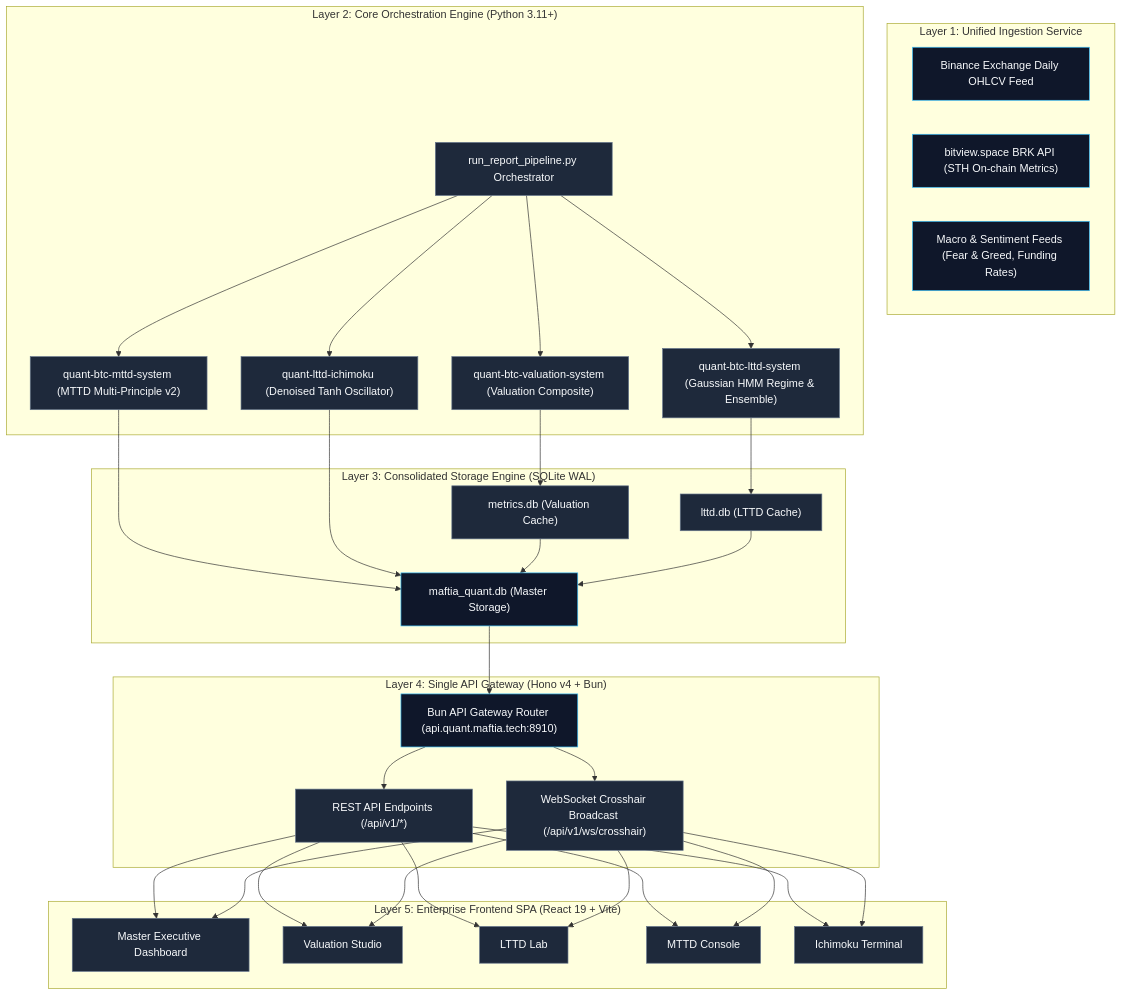
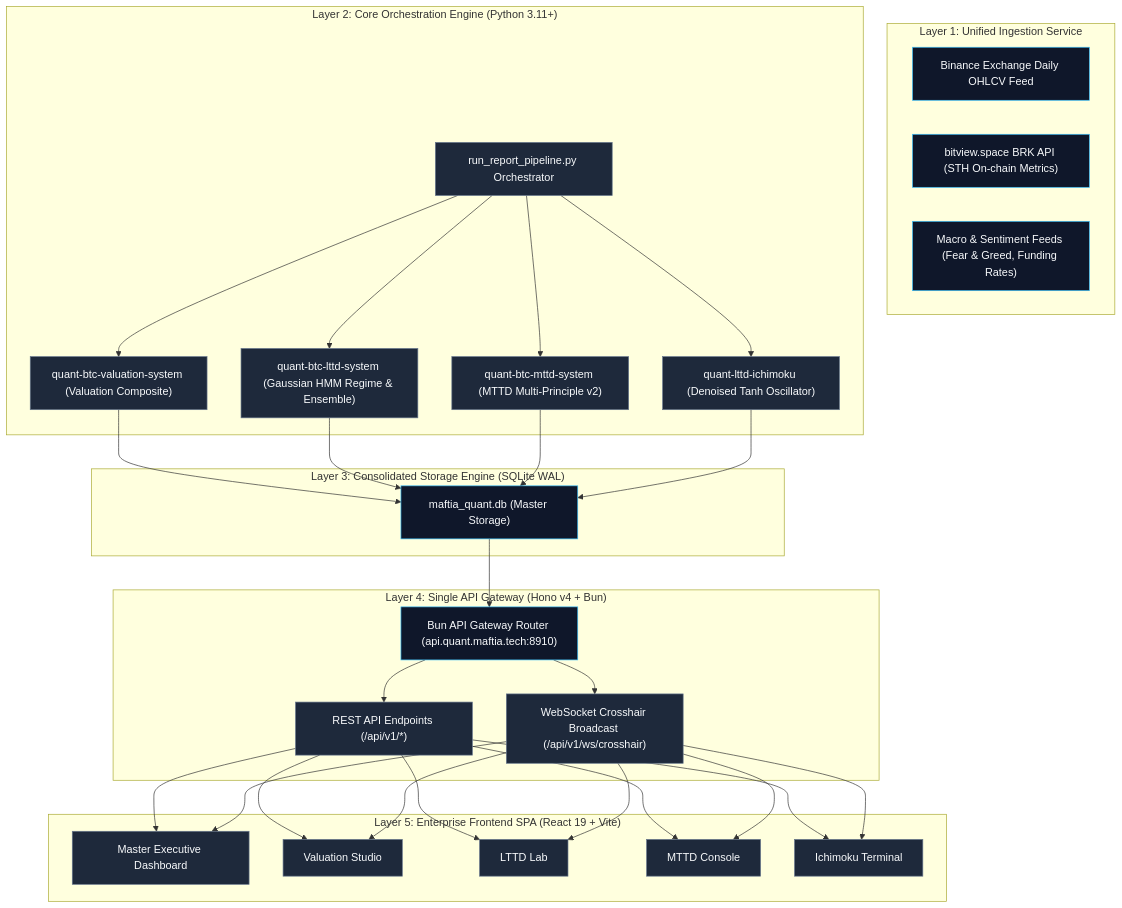
One commit to lutfi-zain/quant.maftia.tech changed the first of 3 diagrams in docs/architecture/00_end_to_end.md. Above: the diagram before and after it, drawn with Mermaid. The commit also changed other lines of this file and 7 other files, not shown here.

Commit message:
docs: update architecture diagrams for decoupled api

````diff
--- a/docs/architecture/00_end_to_end.md
+++ b/docs/architecture/00_end_to_end.md
@@ -18,61 +18,58 @@
 ```mermaid
 graph TD
     subgraph Layer1 ["Layer 1: Unified Ingestion Service"]
         DS_Binance["Binance Exchange Daily OHLCV Feed"]
         DS_Bitview["bitview.space BRK API (STH On-chain Metrics)"]
         DS_Macro["Macro & Sentiment Feeds (Fear & Greed, Funding Rates)"]
     end
 
     subgraph Layer2 ["Layer 2: Core Orchestration Engine (Python 3.11+)"]
         Orch["run_report_pipeline.py Orchestrator"]
         Sys1["quant-btc-valuation-system (Valuation Composite)"]
         Sys2["quant-btc-lttd-system (Gaussian HMM Regime & Ensemble)"]
         Sys3["quant-btc-mttd-system (MTTD Multi-Principle v2)"]
         Sys4["quant-lttd-ichimoku (Denoised Tanh Oscillator)"]
         
         Orch --> Sys1
         Orch --> Sys2
         Orch --> Sys3
         Orch --> Sys4
     end
 
     subgraph Layer3 ["Layer 3: Consolidated Storage Engine (SQLite WAL)"]
         DB_Master["maftia_quant.db (Master Storage)"]
-        DB_Val["metrics.db (Valuation Cache)"]
-        DB_LTTD["lttd.db (LTTD Cache)"]
         
-        Sys1 --> DB_Val
-        Sys2 --> DB_LTTD
+        Sys1 --> DB_Master
+        Sys2 --> DB_Master
         Sys3 --> DB_Master
         Sys4 --> DB_Master
-        DB_Val & DB_LTTD --> DB_Master
     end
 
     subgraph Layer4 ["Layer 4: Single API Gateway (Hono v4 + Bun)"]
         GW["Bun API Gateway Router (api.quant.maftia.tech:8910)"]
         REST["REST API Endpoints (/api/v1/*)"]
         WS["WebSocket Crosshair Broadcast (/api/v1/ws/crosshair)"]
         
         DB_Master --> GW
         GW --> REST
         GW --> WS
     end
 
     subgraph Layer5 ["Layer 5: Enterprise Frontend SPA (React 19 + Vite)"]
         UI_Dash["Master Executive Dashboard"]
         UI_Val["Valuation Studio"]
         UI_LTTD["LTTD Lab"]
         UI_MTTD["MTTD Console"]
         UI_Ich["Ichimoku Terminal"]
         
         REST & WS --> UI_Dash
         REST & WS --> UI_Val
         REST & WS --> UI_LTTD
         REST & WS --> UI_MTTD
         REST & WS --> UI_Ich
     end
 
     classDef default fill:#1e293b,stroke:#64748b,color:#f8fafc;
     classDef highlight fill:#0f172a,stroke:#38bdf8,color:#f8fafc;
     class DS_Binance,DS_Bitview,DS_Macro,DB_Master,GW highlight;
 ```
````
